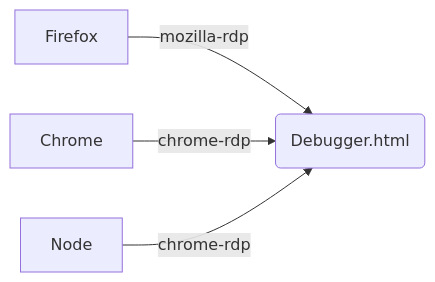
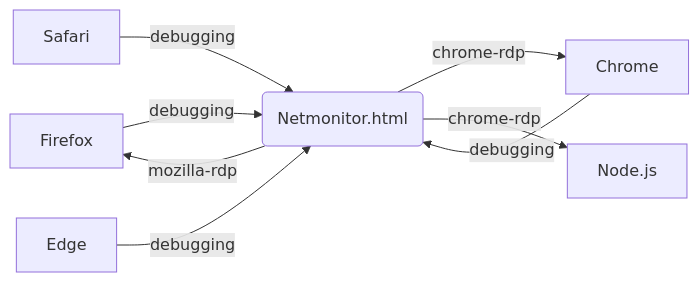
Before and after one commit to gasolin/blog: the fourth of 5 diagrams in source/_posts/current-progress-of-netmonitor-html.md, drawn with Mermaid. The commit also changed other lines of this file, not shown here.

```diff
--- a/source/_posts/current-progress-of-netmonitor-html.md
+++ b/source/_posts/current-progress-of-netmonitor-html.md
@@ -83,6 +84,10 @@
 {% mermaid %}
 graph LR
-Firefox -- mozilla-rdp --> debugger(Debugger.html)
-Chrome -- chrome-rdp --> debugger
-Node -- chrome-rdp --> debugger
+Firefox -- debugging --> netmonitor(Netmonitor.html)
+Chrome -- debugging --> netmonitor
+Safari -- debugging --> netmonitor
+Edge -- debugging --> netmonitor
+netmonitor -- mozilla-rdp --> Firefox
+netmonitor -- chrome-rdp --> Chrome
+netmonitor -- chrome-rdp --> Node[Node.js]
 {% endmermaid %}
```
